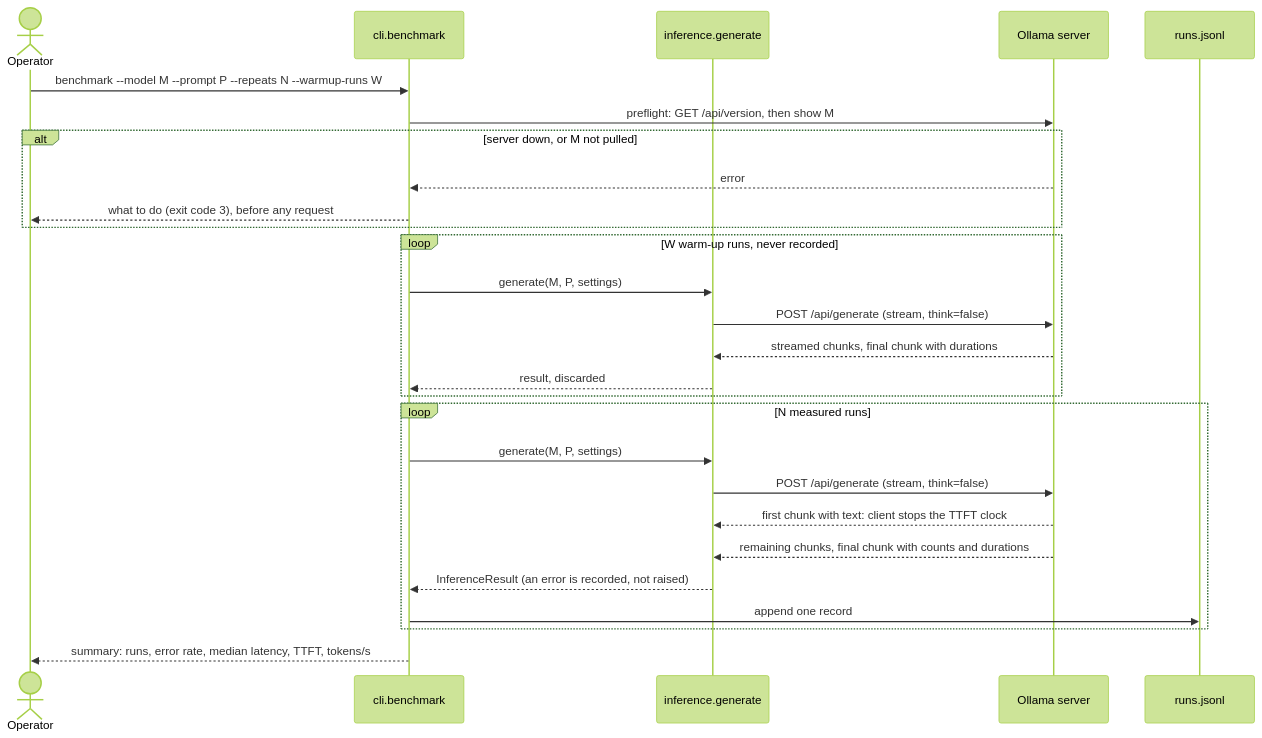
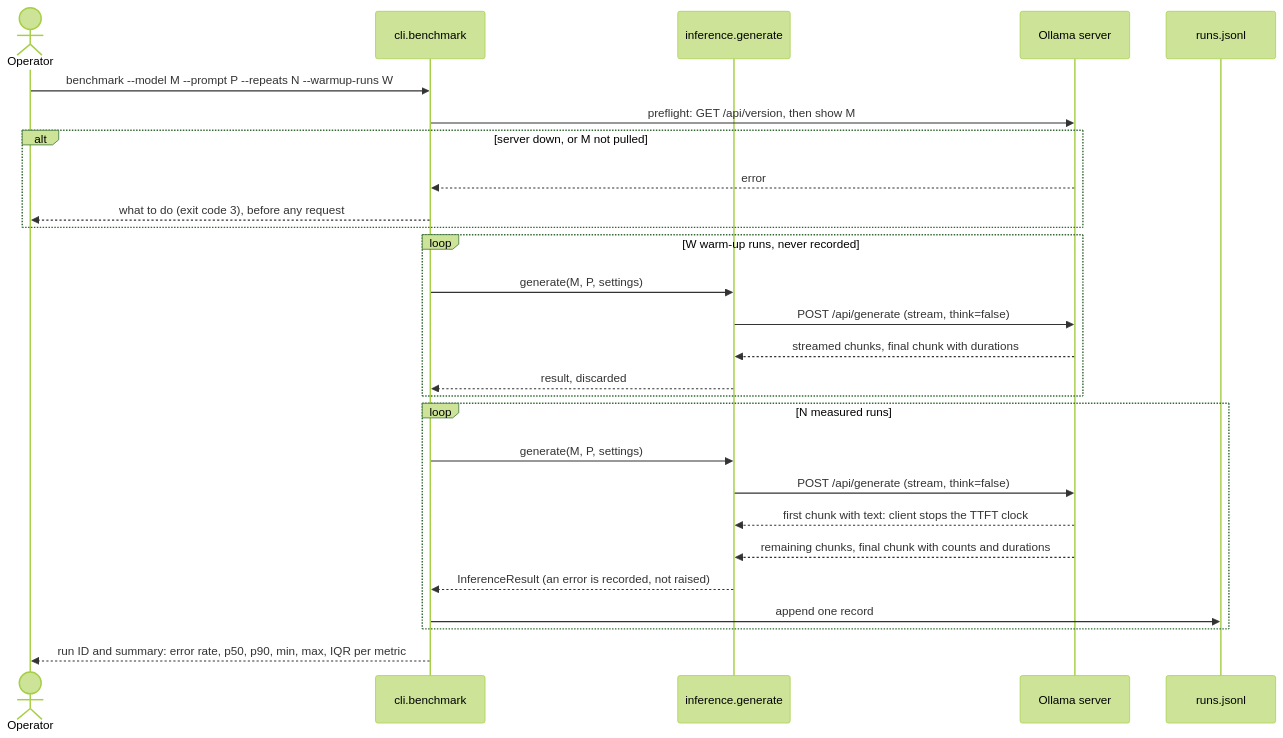
The third of 3 diagrams in docs/architecture.md (saicharan-nidiganti/local-ai-benchmark), drawn with Mermaid (forest theme) before and after one commit. The commit also changed other lines of this file and 10 other files, not shown here.

````diff
--- a/docs/architecture.md
+++ b/docs/architecture.md
@@ -106,29 +106,29 @@
 ```mermaid
 sequenceDiagram
     actor Op as Operator
     participant CLI as cli.benchmark
     participant Inf as inference.generate
     participant Oll as Ollama server
     participant Log as runs.jsonl
     Op->>CLI: benchmark --model M --prompt P --repeats N --warmup-runs W
     CLI->>Oll: preflight: GET /api/version, then show M
     alt server down, or M not pulled
         Oll-->>CLI: error
         CLI-->>Op: what to do (exit code 3), before any request
     end
     loop W warm-up runs, never recorded
         CLI->>Inf: generate(M, P, settings)
         Inf->>Oll: POST /api/generate (stream, think=false)
         Oll-->>Inf: streamed chunks, final chunk with durations
         Inf-->>CLI: result, discarded
     end
     loop N measured runs
         CLI->>Inf: generate(M, P, settings)
         Inf->>Oll: POST /api/generate (stream, think=false)
         Oll-->>Inf: first chunk with text: client stops the TTFT clock
         Oll-->>Inf: remaining chunks, final chunk with counts and durations
         Inf-->>CLI: InferenceResult (an error is recorded, not raised)
         CLI->>Log: append one record
     end
-    CLI-->>Op: summary: runs, error rate, median latency, TTFT, tokens/s
+    CLI-->>Op: run ID and summary: error rate, p50, p90, min, max, IQR per metric
 ```
````
